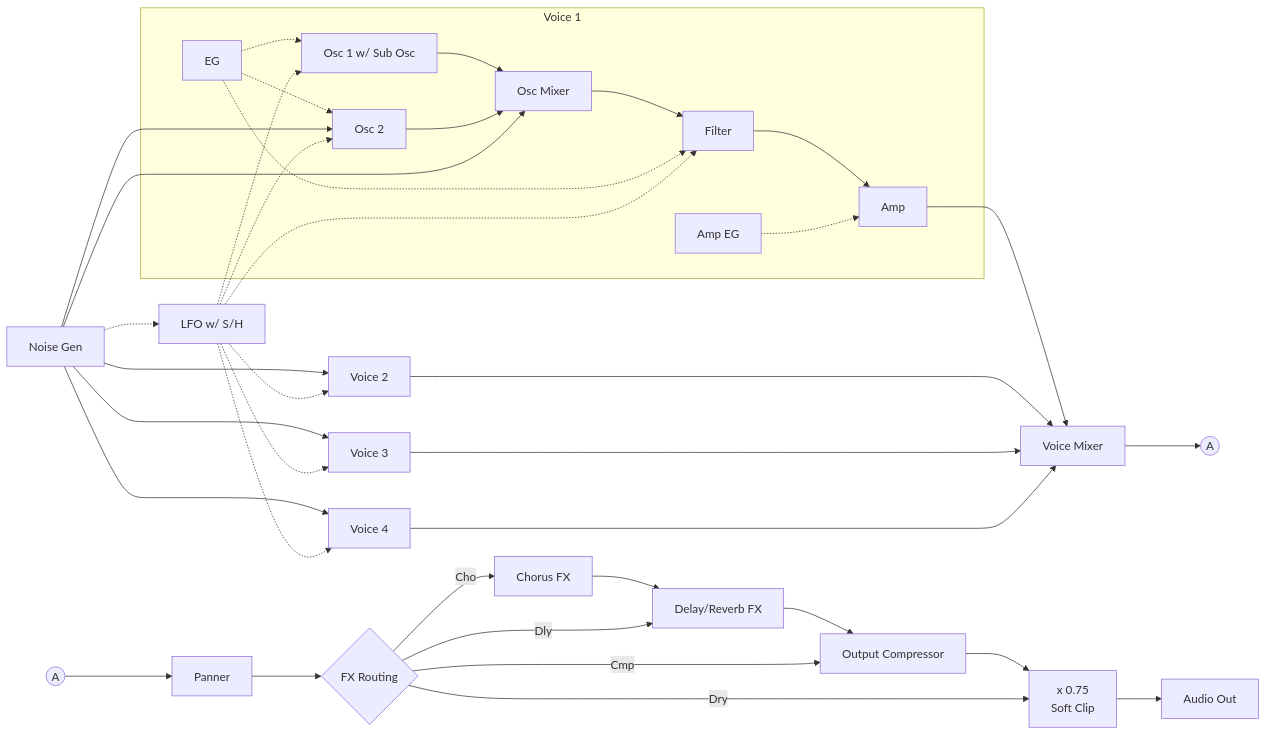
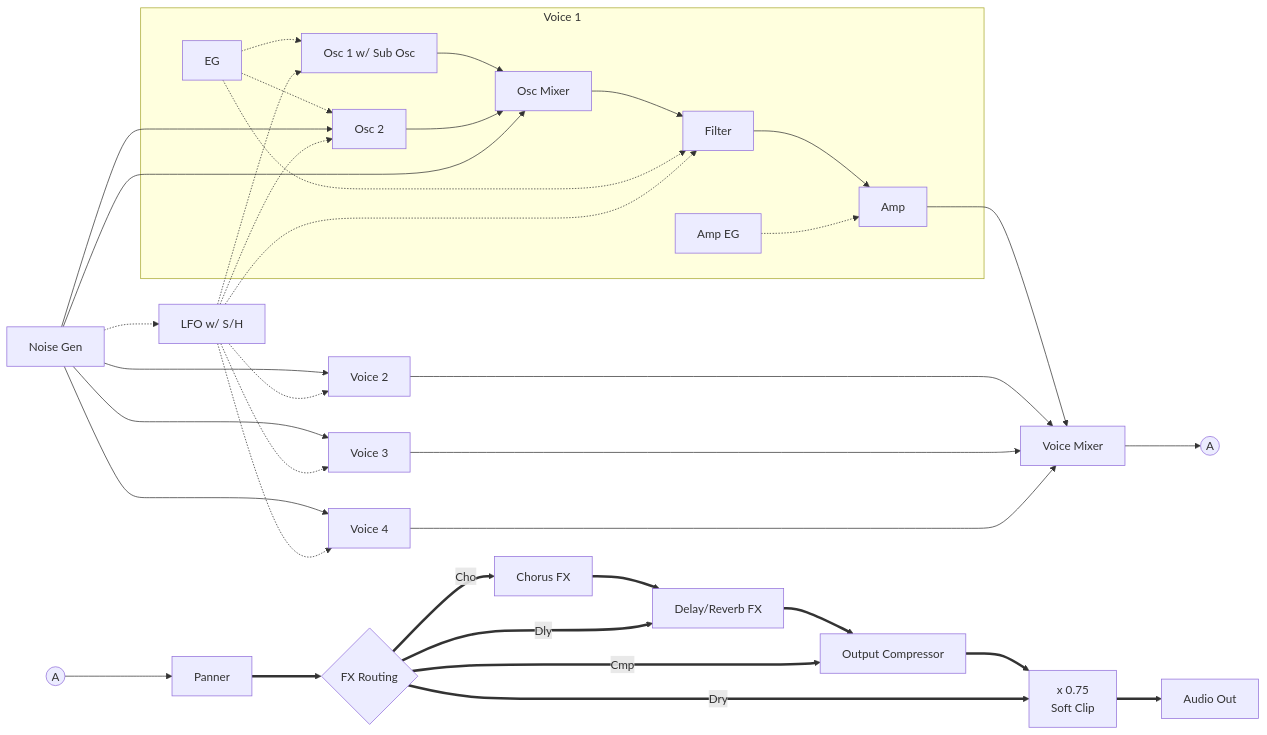
One commit to risgk/digital-synth-pra32-u2 changed the diagram in README.md. Above: the diagram before and after it, drawn with Mermaid. The commit also changed other lines of this file and 1 other file, not shown here.

Commit message:
Block diagrams: The stereo audio with thick arrows

````diff
--- a/README.md
+++ b/README.md
@@ -52,22 +54,22 @@
 ```mermaid
 graph LR
     subgraph V1[Voice 1]
         V1O1[Osc 1 w/ Sub Osc] --> V1OM[Osc Mixer]
         V1O2[Osc 2] --> V1OM
         V1OM --> V1F[Filter]
         V1F --> V1A[Amp]
         E[EG] -.-> V1O1 & V1O2 & V1F
         V1AE[Amp EG] -.-> V1A
     end
     V1A --> VM[Voice Mixer]
     V2[Voice 2] & V3[Voice 3] & V4[Voice 4] --> VM
     N[Noise Gen]  --> V1O2 & V1OM & V2 & V3 & V4
     N -.-> L[LFO w/ S/H]
     L -.-> V1O1 & V1O2 & V1F & V2 & V3 & V4
     VM --> J1((A))
-    J2((A)) --> P[Panner] --> FR{FX Routing}
-    FR -->|Cho| C[Chorus FX] --> D[Delay/Reverb FX] --> OC[Output Compressor] --> OG["x 0.75<br/>Soft Clip"] --> AO[Audio Out]
-    FR -->|Dly| D
-    FR -->|Cmp| OC
-    FR -->|Dry| OG
+    J2((A)) --> P[Panner] ==> FR{FX Routing}
+    FR ==>|Cho| C[Chorus FX] ==> D[Delay/Reverb FX] ==> OC[Output Compressor] ==> OG["x 0.75<br/>Soft Clip"] ==> AO[Audio Out]
+    FR ==>|Dly| D
+    FR ==>|Cmp| OC
+    FR ==>|Dry| OG
 ```
````
